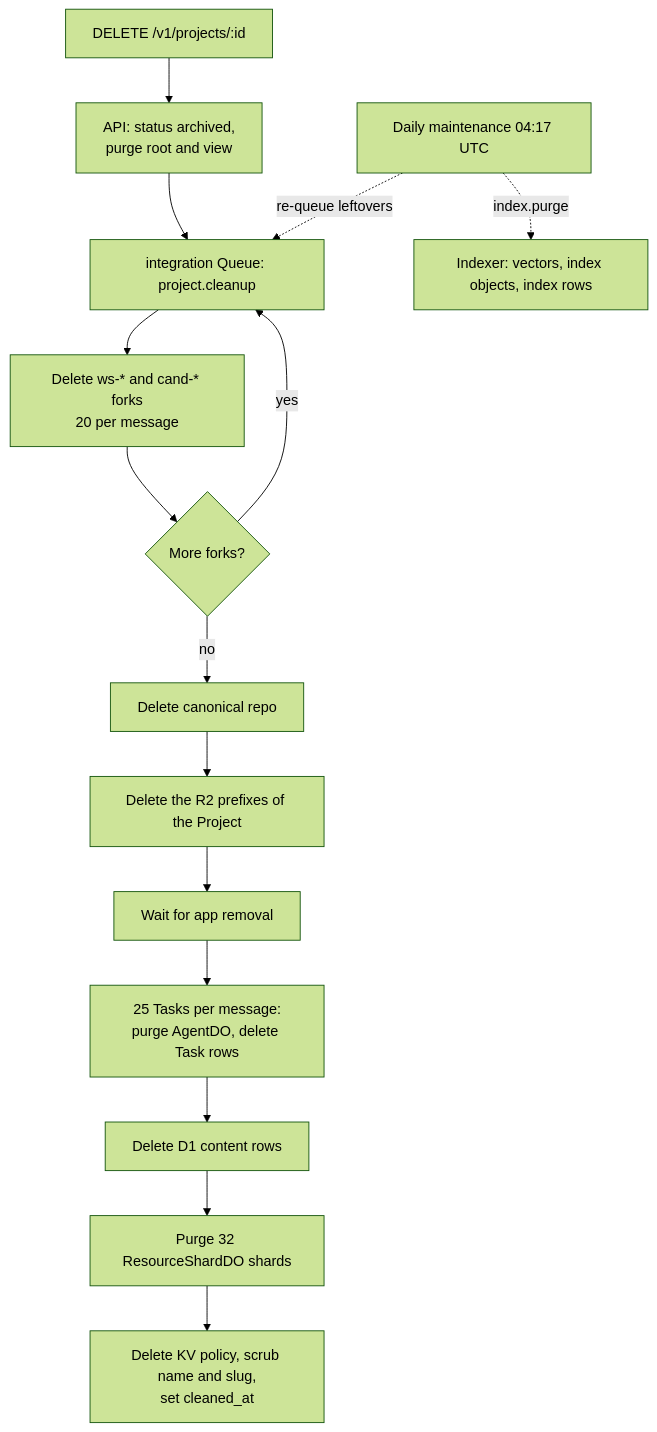
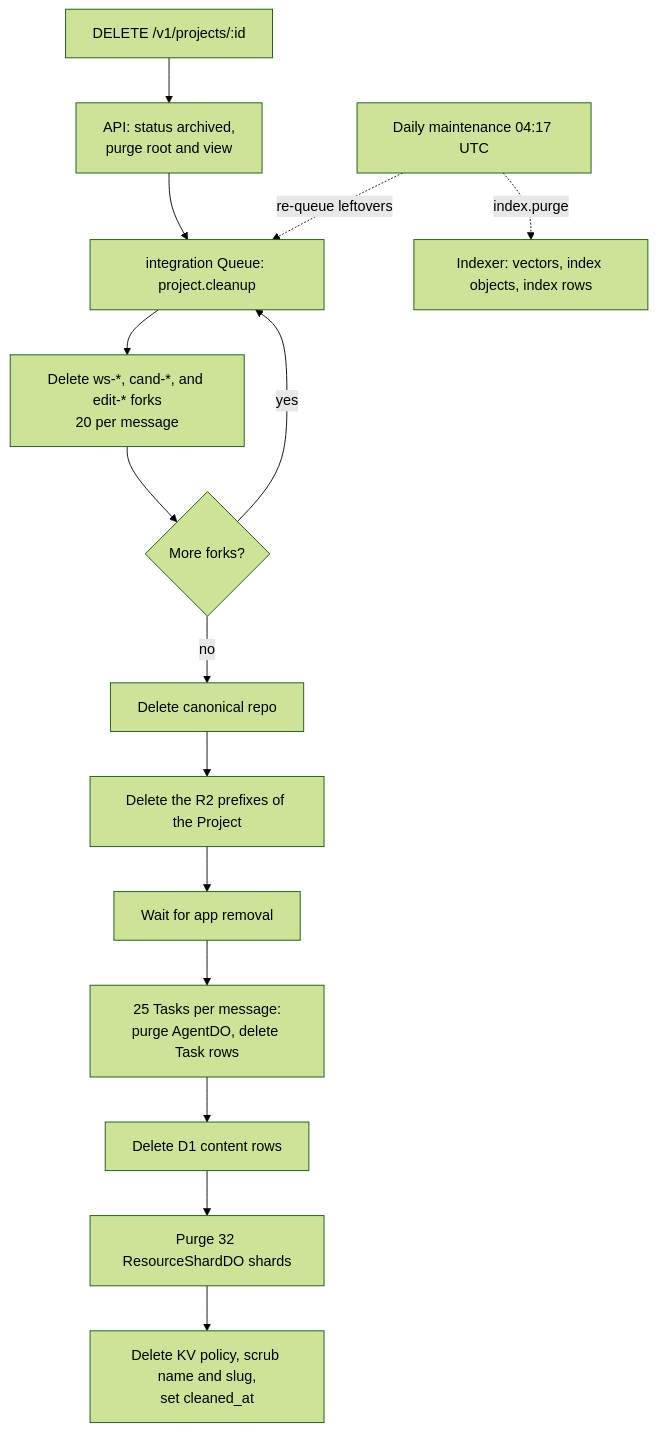
Before and after one commit to nsudhanva/rhumbatron: the diagram in docs/operations/cleanup.md, drawn with Mermaid (forest theme). The commit also changed other lines of this file and 29 other files, not shown here.

````diff
--- a/docs/operations/cleanup.md
+++ b/docs/operations/cleanup.md
@@ -29,17 +29,17 @@
 ```mermaid
 flowchart TB
   del[DELETE /v1/projects/:id] --> arch[API: status archived,<br/>purge root and view]
   arch --> q[integration Queue: project.cleanup]
-  q --> f[Delete ws-* and cand-* forks<br/>20 per message]
+  q --> f[Delete ws-*, cand-*, and edit-* forks<br/>20 per message]
   f --> more{More forks?}
   more -->|yes| q
   more -->|no| canon[Delete canonical repo]
   canon --> r2[Delete the R2 prefixes of the Project]
   r2 --> apps[Wait for app removal]
   apps --> tasks[25 Tasks per message:<br/>purge AgentDO, delete Task rows]
   tasks --> d1[Delete D1 content rows]
   d1 --> shards[Purge 32 ResourceShardDO shards]
   shards --> done[Delete KV policy, scrub name and slug,<br/>set cleaned_at]
   cron[Daily maintenance 04:17 UTC] -.->|re-queue leftovers| q
   cron -.->|index.purge| idx[Indexer: vectors, index objects, index rows]
 ```
````
